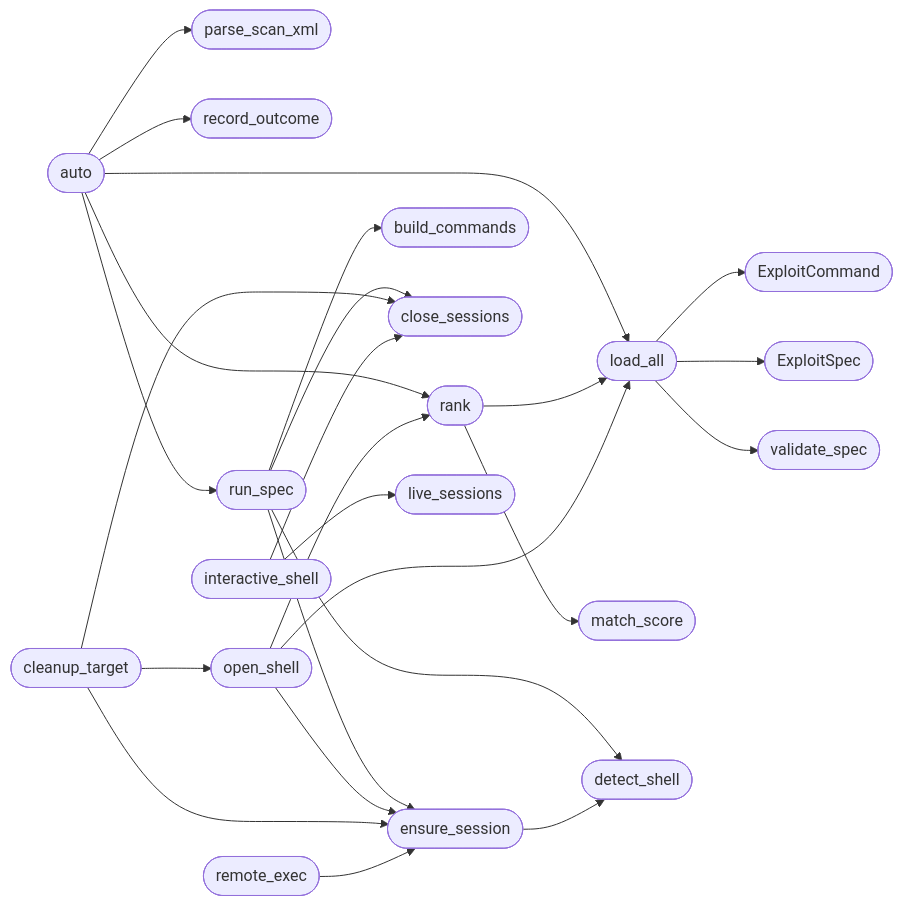
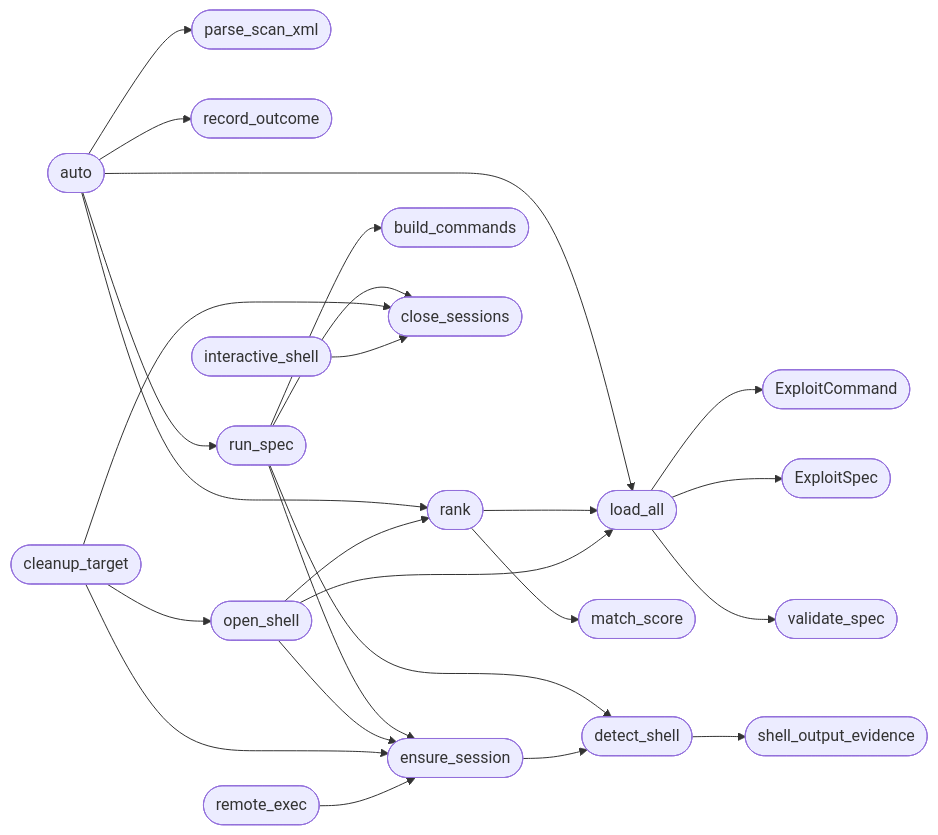
The second of 2 diagrams in readmenator-apidocs/modules/modules.atomic_exploit_bridge.py.md (grisuno/LazyOwn), drawn with Mermaid before and after one commit. The commit also changed other lines of this file and 257 other files, not shown here.

````diff
--- a/readmenator-apidocs/modules/modules.atomic_exploit_bridge.py.md
+++ b/readmenator-apidocs/modules/modules.atomic_exploit_bridge.py.md
@@ -66,46 +66,46 @@
 ```mermaid
 flowchart LR
     n_modules_atomic_exploit_bridge_py__load_all(["load_all"])
     n_modules_atomic_exploit_bridge_py__ExploitCommand(["ExploitCommand"])
     n_modules_atomic_exploit_bridge_py__ExploitSpec(["ExploitSpec"])
     n_modules_atomic_exploit_bridge_py__validate_spec(["validate_spec"])
     n_modules_atomic_exploit_bridge_py__auto(["auto"])
     n_modules_atomic_exploit_bridge_py__parse_scan_xml(["parse_scan_xml"])
     n_modules_atomic_exploit_bridge_py__rank(["rank"])
     n_modules_atomic_exploit_bridge_py__record_outcome(["record_outcome"])
     n_modules_atomic_exploit_bridge_py__run_spec(["run_spec"])
     n_modules_atomic_exploit_bridge_py__match_score(["match_score"])
+    n_modules_atomic_exploit_bridge_py__detect_shell(["detect_shell"])
+    n_modules_atomic_exploit_bridge_py__shell_output_evidence(["shell_output_evidence"])
     n_modules_atomic_exploit_bridge_py__build_commands(["build_commands"])
     n_modules_atomic_exploit_bridge_py__close_sessions(["close_sessions"])
-    n_modules_atomic_exploit_bridge_py__detect_shell(["detect_shell"])
     n_modules_atomic_exploit_bridge_py__ensure_session(["ensure_session"])
     n_modules_atomic_exploit_bridge_py__open_shell(["open_shell"])
     n_modules_atomic_exploit_bridge_py__cleanup_target(["cleanup_target"])
     n_modules_atomic_exploit_bridge_py__remote_exec(["remote_exec"])
     n_modules_atomic_exploit_bridge_py__interactive_shell(["interactive_shell"])
-    n_modules_atomic_exploit_bridge_py__live_sessions(["live_sessions"])
     n_modules_atomic_exploit_bridge_py__load_all --> n_modules_atomic_exploit_bridge_py__ExploitCommand
     n_modules_atomic_exploit_bridge_py__load_all --> n_modules_atomic_exploit_bridge_py__ExploitSpec
     n_modules_atomic_exploit_bridge_py__load_all --> n_modules_atomic_exploit_bridge_py__validate_spec
     n_modules_atomic_exploit_bridge_py__auto --> n_modules_atomic_exploit_bridge_py__load_all
     n_modules_atomic_exploit_bridge_py__auto --> n_modules_atomic_exploit_bridge_py__parse_scan_xml
     n_modules_atomic_exploit_bridge_py__auto --> n_modules_atomic_exploit_bridge_py__rank
     n_modules_atomic_exploit_bridge_py__auto --> n_modules_atomic_exploit_bridge_py__record_outcome
     n_modules_atomic_exploit_bridge_py__auto --> n_modules_atomic_exploit_bridge_py__run_spec
     n_modules_atomic_exploit_bridge_py__rank --> n_modules_atomic_exploit_bridge_py__load_all
     n_modules_atomic_exploit_bridge_py__rank --> n_modules_atomic_exploit_bridge_py__match_score
+    n_modules_atomic_exploit_bridge_py__detect_shell --> n_modules_atomic_exploit_bridge_py__shell_output_evidence
     n_modules_atomic_exploit_bridge_py__run_spec --> n_modules_atomic_exploit_bridge_py__build_commands
     n_modules_atomic_exploit_bridge_py__run_spec --> n_modules_atomic_exploit_bridge_py__close_sessions
     n_modules_atomic_exploit_bridge_py__run_spec --> n_modules_atomic_exploit_bridge_py__detect_shell
     n_modules_atomic_exploit_bridge_py__run_spec --> n_modules_atomic_exploit_bridge_py__ensure_session
     n_modules_atomic_exploit_bridge_py__open_shell --> n_modules_atomic_exploit_bridge_py__ensure_session
     n_modules_atomic_exploit_bridge_py__open_shell --> n_modules_atomic_exploit_bridge_py__load_all
     n_modules_atomic_exploit_bridge_py__open_shell --> n_modules_atomic_exploit_bridge_py__rank
     n_modules_atomic_exploit_bridge_py__cleanup_target --> n_modules_atomic_exploit_bridge_py__close_sessions
     n_modules_atomic_exploit_bridge_py__cleanup_target --> n_modules_atomic_exploit_bridge_py__ensure_session
     n_modules_atomic_exploit_bridge_py__cleanup_target --> n_modules_atomic_exploit_bridge_py__open_shell
     n_modules_atomic_exploit_bridge_py__ensure_session --> n_modules_atomic_exploit_bridge_py__detect_shell
     n_modules_atomic_exploit_bridge_py__remote_exec --> n_modules_atomic_exploit_bridge_py__ensure_session
     n_modules_atomic_exploit_bridge_py__interactive_shell --> n_modules_atomic_exploit_bridge_py__close_sessions
-    n_modules_atomic_exploit_bridge_py__interactive_shell --> n_modules_atomic_exploit_bridge_py__live_sessions
 ```
````
